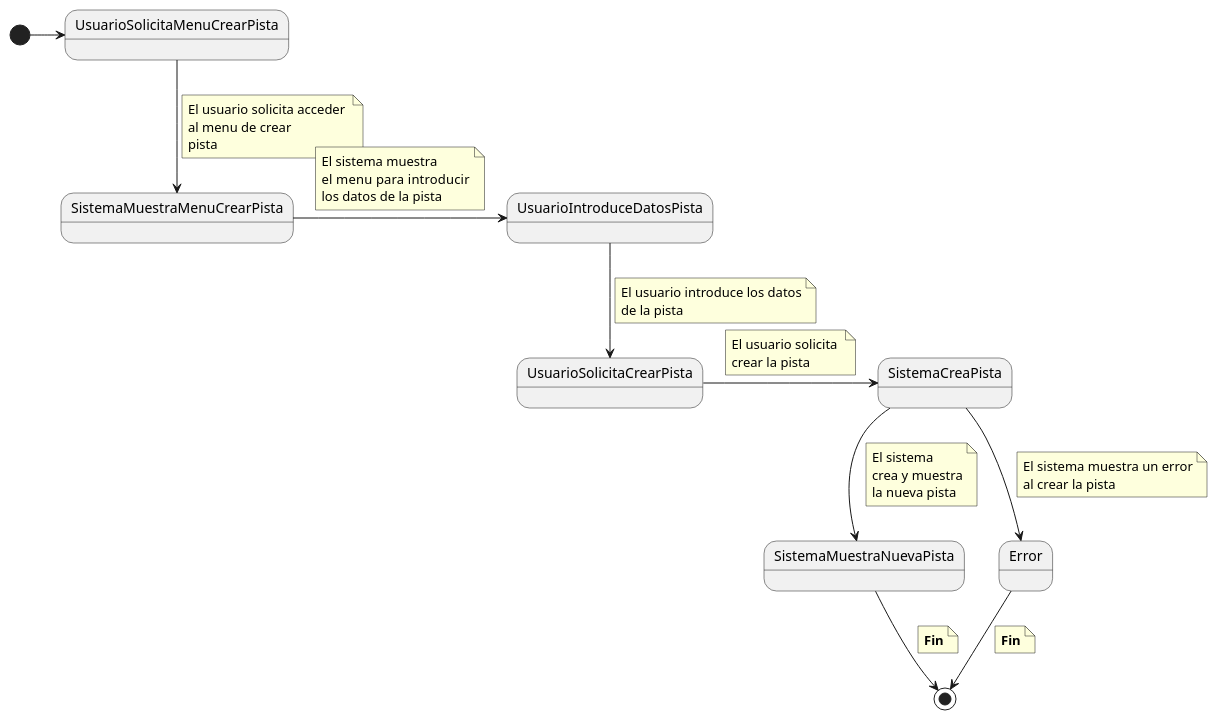
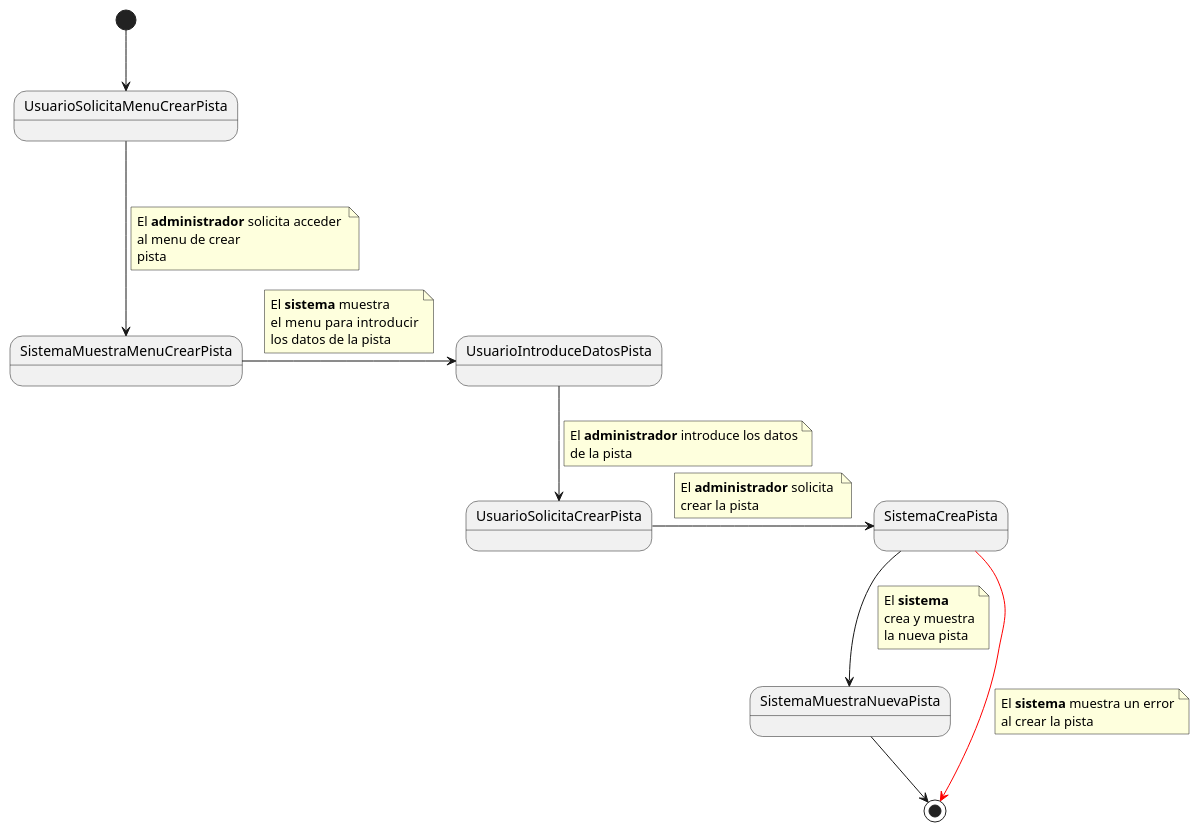
The diagram in CasosDeUso/CduDetallados/CduPistas/CrearPista.puml (pablarce/23-24-IdSw1-SDR), drawn with PlantUML before and after one commit. The commit also changed 1 other file, not shown here.

Commit message:
Cambios a CDU CrearPista

```diff
--- a/CasosDeUso/CduDetallados/CduPistas/CrearPista.puml
+++ b/CasosDeUso/CduDetallados/CduPistas/CrearPista.puml
@@ -1,44 +1,39 @@
 @startuml 
-[*] -r-> UsuarioSolicitaMenuCrearPista
-UsuarioSolicitaMenuCrearPista -d-> SistemaMuestraMenuCrearPista
+[*] --> UsuarioSolicitaMenuCrearPista
+UsuarioSolicitaMenuCrearPista ---> SistemaMuestraMenuCrearPista
 note on link
-    El usuario solicita acceder 
+    El **administrador** solicita acceder 
     al menu de crear 
     pista
 end note
 SistemaMuestraMenuCrearPista -r-> UsuarioIntroduceDatosPista
 note on link
-    El sistema muestra
+    El **sistema** muestra
     el menu  para introducir
     los datos de la pista
 end note
 UsuarioIntroduceDatosPista -d-> UsuarioSolicitaCrearPista 
 note on link
-    El usuario introduce los datos
+    El **administrador** introduce los datos
     de la pista
 end note
 UsuarioSolicitaCrearPista -r-> SistemaCreaPista
 note on link
-    El usuario solicita 
+    El **administrador** solicita 
     crear la pista
 end note
-SistemaCreaPista -d-> SistemaMuestraNuevaPista
+SistemaCreaPista --> SistemaMuestraNuevaPista
 note on link
-    El sistema 
+    El **sistema** 
     crea y muestra
     la nueva pista
 end note
-SistemaCreaPista -d-> Error
+SistemaCreaPista -[#red]->  [*]
 note on link
-    El sistema muestra un error
+    El **sistema** muestra un error
     al crear la pista
 end note
-Error-d-> [*]
-note on link
-    **Fin**
-end note
-SistemaMuestraNuevaPista -d-> [*]
-note on link
-    **Fin**
-end note
+
+SistemaMuestraNuevaPista --> [*]
+
 @enduml 
```
